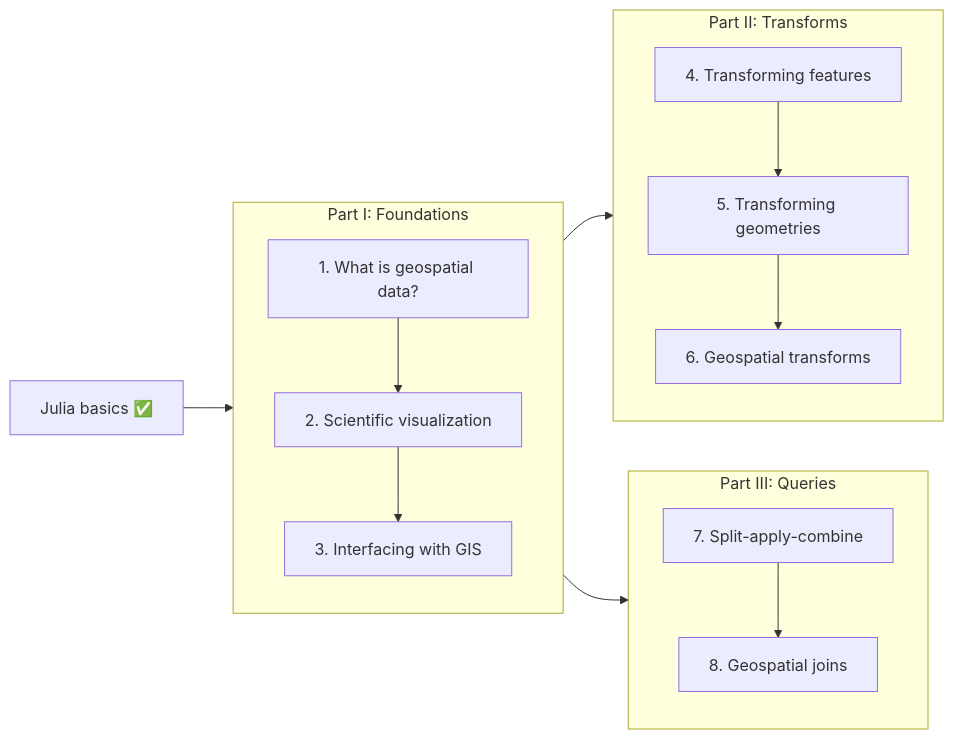
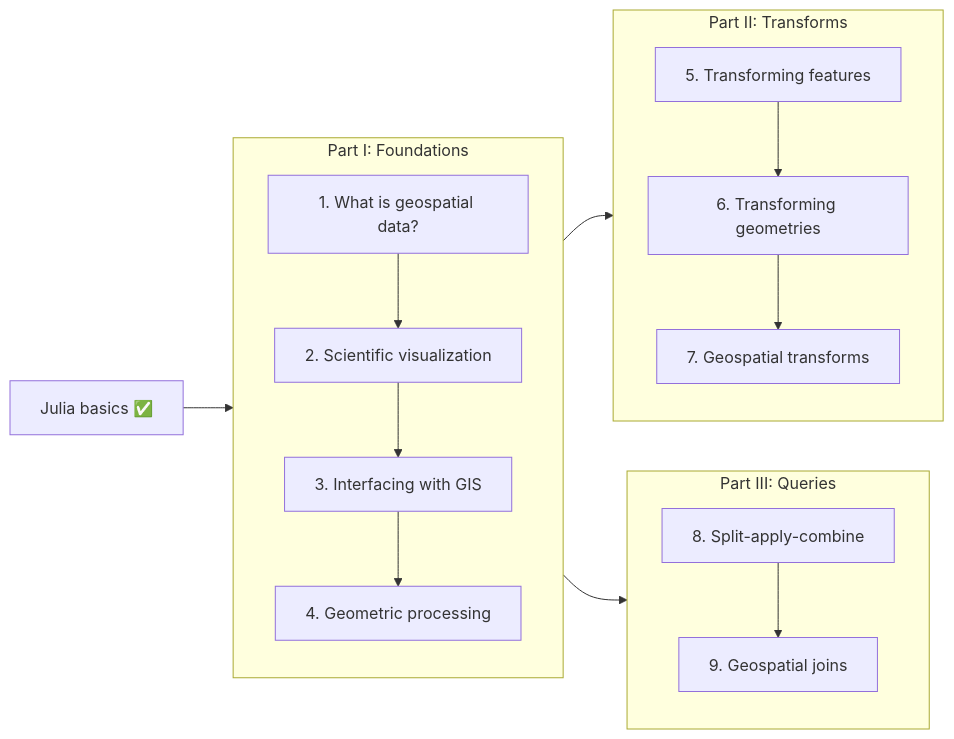
One commit to JuliaEarth/geospatial-data-science-with-julia changed the diagram in preface.qmd. Above: the diagram before and after it, drawn with Mermaid. The commit also changed 1 other file, not shown here.

Commit message:
Update first pages

````diff
--- a/preface.qmd
+++ b/preface.qmd
@@ -51,25 +51,27 @@
 ```{mermaid}
 flowchart LR
   preread["Julia basics ✅"] --> partI
   subgraph partI["Part I: Foundations"]
     chapter1["1. What is geospatial data?"]
     chapter2["2. Scientific visualization"]
     chapter3["3. Interfacing with GIS"]
+    chapter4["4. Geometric processing"]
     chapter1 --> chapter2
     chapter2 --> chapter3
+    chapter3 --> chapter4
   end
   subgraph partII["Part II: Transforms"]
-    chapter4["4. Transforming features"]
-    chapter5["5. Transforming geometries"]
-    chapter6["6. Geospatial transforms"]
-    chapter4 --> chapter5
+    chapter5["5. Transforming features"]
+    chapter6["6. Transforming geometries"]
+    chapter7["7. Geospatial transforms"]
     chapter5 --> chapter6
+    chapter6 --> chapter7
   end
   subgraph partIII["Part III: Queries"]
-    chapter7["7. Split-apply-combine"]
-    chapter8["8. Geospatial joins"]
-    chapter7 --> chapter8
+    chapter8["8. Split-apply-combine"]
+    chapter9["9. Geospatial joins"]
+    chapter8 --> chapter9
   end
   partI --> partII
   partI --> partIII
 ```
````
